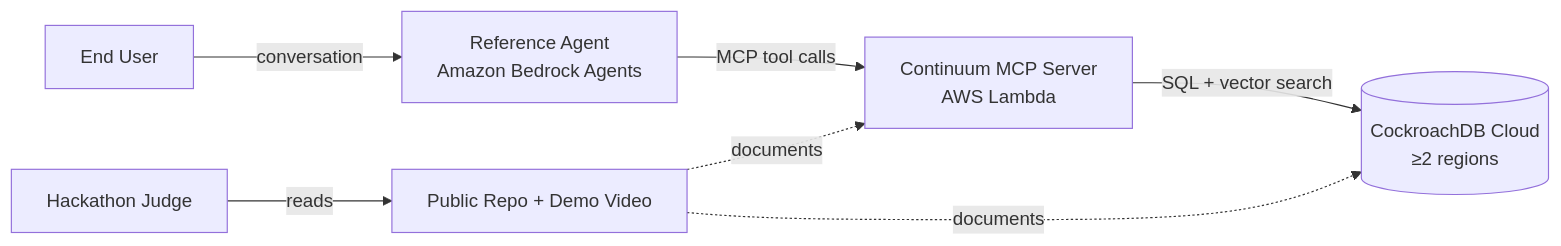
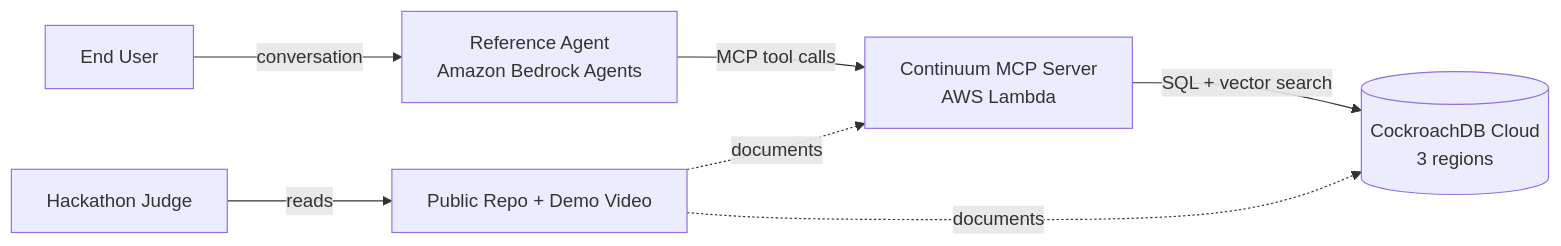
One commit to mittalpk/Continuum changed the first of 3 diagrams in SRS.md. Above: the diagram before and after it, drawn with Mermaid. The commit also changed other lines of this file and 3 other files, not shown here.

````diff
--- a/SRS.md
+++ b/SRS.md
@@ -58,9 +58,9 @@
 ```mermaid
 graph LR
     User[End User] -->|conversation| Agent[Reference Agent<br/>Amazon Bedrock Agents]
     Agent -->|MCP tool calls| Gateway[Continuum MCP Server<br/>AWS Lambda]
-    Gateway -->|SQL + vector search| DB[(CockroachDB Cloud<br/>≥2 regions)]
+    Gateway -->|SQL + vector search| DB[(CockroachDB Cloud<br/>3 regions)]
     Judge[Hackathon Judge] -->|reads| Repo[Public Repo + Demo Video]
     Repo -.->|documents| Gateway
     Repo -.->|documents| DB
 ```
````
